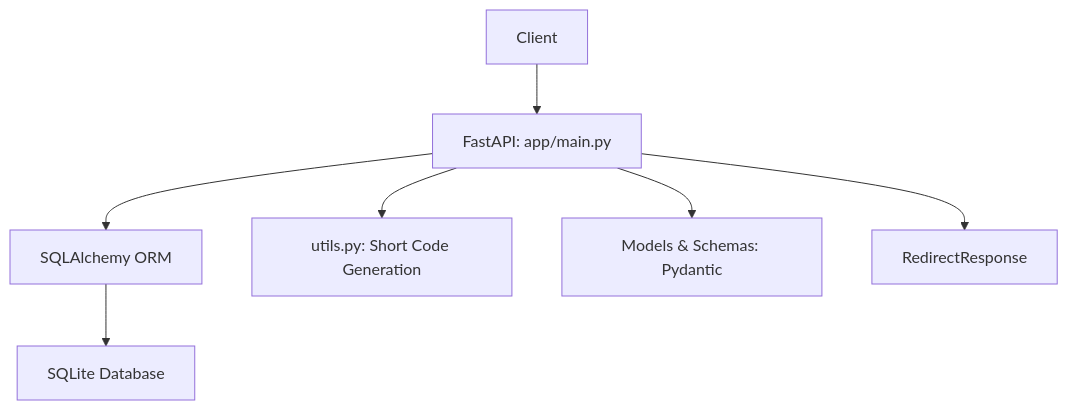
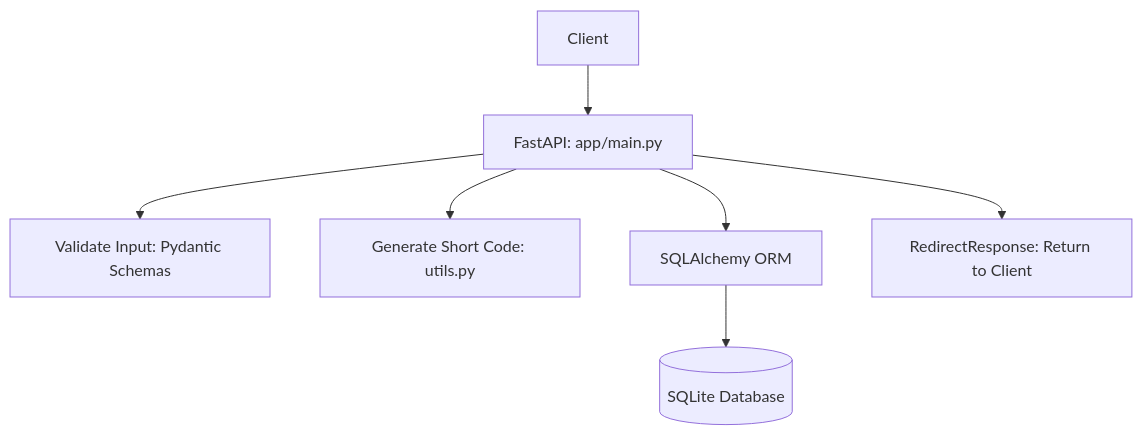
One commit to Priyaa-18/url-shortener changed the diagram in README.md. Above: the diagram before and after it, drawn with Mermaid.

Commit message:
updated architecture in README

````diff
--- a/README.md
+++ b/README.md
@@ -54,9 +54,9 @@
 ```mermaid
-graph TD;
-  Client[Client] --> FastAPI[FastAPI: app/main.py]
-  FastAPI --> ORM[SQLAlchemy ORM]
-  ORM --> DB[SQLite Database]
-  FastAPI --> Utils[utils.py: Short Code Generation]
-  FastAPI --> Schemas[Models & Schemas: Pydantic]
-  FastAPI --> Redirect[RedirectResponse]
+flowchart TD
+    Client[Client] --> FastAPI[FastAPI: app/main.py]
+    FastAPI --> Schemas[Validate Input: Pydantic Schemas]
+    FastAPI --> Utils[Generate Short Code: utils.py]
+    FastAPI --> ORM[SQLAlchemy ORM]
+    ORM --> DB[(SQLite Database)]
+    FastAPI --> Redirect[RedirectResponse: Return to Client]
 ```
````
